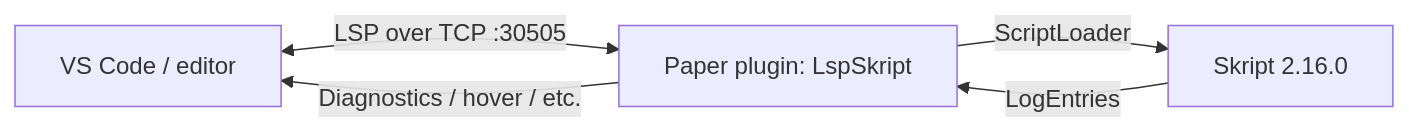
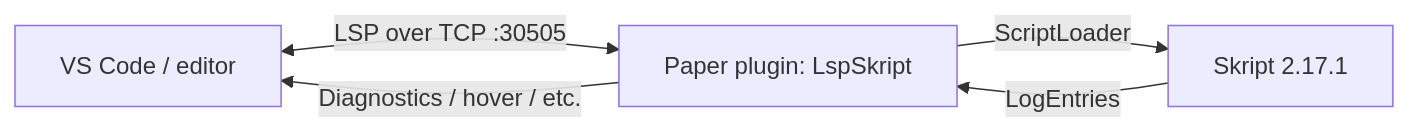
One commit to RohanDaCoder/LspSkript changed the diagram in README.md. Above: the diagram before and after it, drawn with Mermaid. The commit also changed other lines of this file and 2 other files, not shown here.

First line of the commit message:
build: upgrade Skript dependency to 2.17.1

````diff
--- a/README.md
+++ b/README.md
@@ -12,7 +12,7 @@
 ```mermaid
 flowchart LR
     VS[VS Code / editor] <-->|LSP over TCP :30505| PL[Paper plugin: LspSkript]
-    PL -->|ScriptLoader| SK[Skript 2.16.0]
+    PL -->|ScriptLoader| SK[Skript 2.17.1]
     SK -->|LogEntries| PL
     PL -->|Diagnostics / hover / etc.| VS
 ```
````
